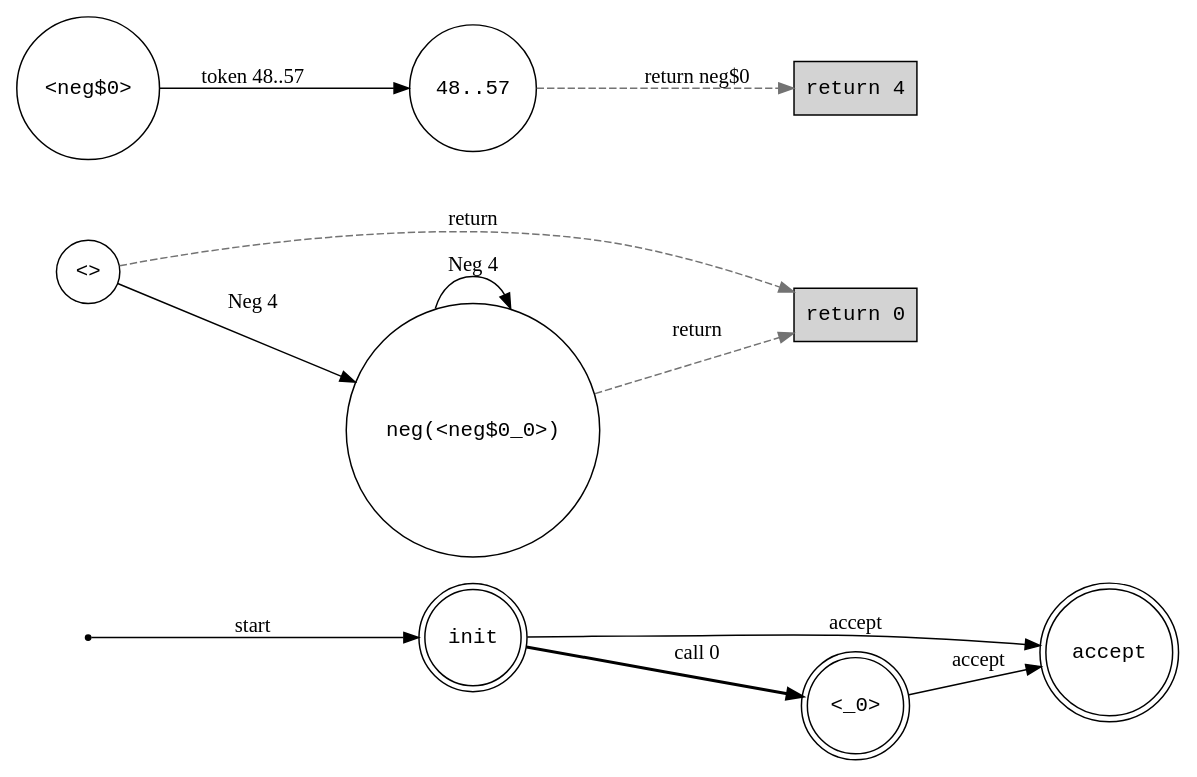
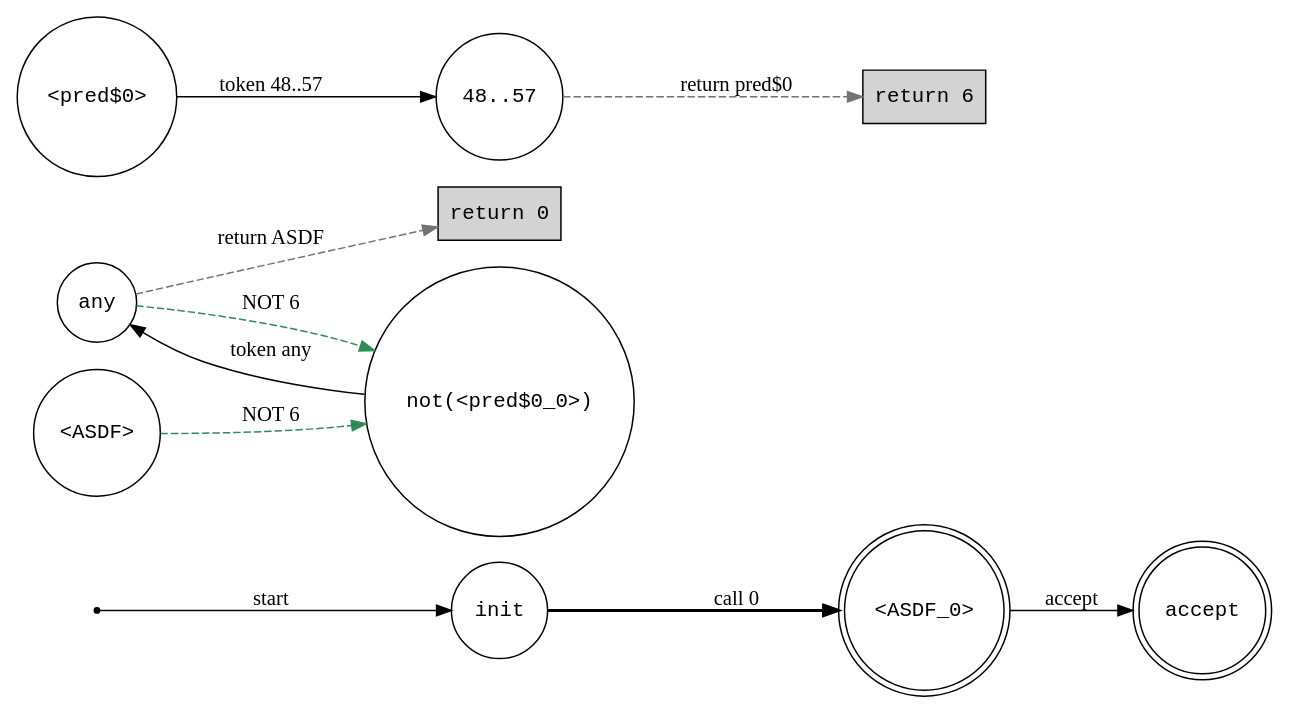
One commit to water-mizuu/glush_dart changed the diagram in state-machine.dot. Above: the diagram before and after it, drawn with Graphviz. The commit also changed 11 other files, not shown here.

```diff
--- a/state-machine.dot
+++ b/state-machine.dot
@@ -1,24 +1,24 @@
 digraph StateMachine {
   rankdir=LR;
   node [fontname="Courier"];
   "__start__" [shape=point, label=""];
   "__accept__" [shape=doublecircle, label="accept"];
   "__return_0__" [shape=box, label="return 0", style=filled, fillcolor=lightgray];
-  "__return_4__" [shape=box, label="return 4", style=filled, fillcolor=lightgray];
-  "S0" [shape=doublecircle, label="init"];
-  "S1" [shape=doublecircle, label="<_0>"];
-  "S2" [shape=circle, label="<>"];
-  "S3" [shape=circle, label="neg(<neg$0_0>)"];
-  "S4" [shape=circle, label="<neg$0>"];
-  "S5" [shape=circle, label="48..57"];
+  "__return_6__" [shape=box, label="return 6", style=filled, fillcolor=lightgray];
+  "S0" [shape=circle, label="init"];
+  "S1" [shape=doublecircle, label="<ASDF_0>"];
+  "S2" [shape=circle, label="<ASDF>"];
+  "S3" [shape=circle, label="not(<pred$0_0>)"];
+  "S4" [shape=circle, label="any"];
+  "S5" [shape=circle, label="<pred$0>"];
+  "S6" [shape=circle, label="48..57"];
   "__start__" -> "S0" [label="start"];
   "S0" -> "S1" [label="call 0", style=bold];
-  "S0" -> "__accept__" [label="accept"];
   "S1" -> "__accept__" [label="accept"];
-  "S2" -> "S3" [label="Neg 4"];
-  "S2" -> "__return_0__" [label="return ", style=dashed, color=gray45];
-  "S3" -> "S3" [label="Neg 4"];
-  "S3" -> "__return_0__" [label="return ", style=dashed, color=gray45];
-  "S4" -> "S5" [label="token 48..57"];
-  "S5" -> "__return_4__" [label="return neg$0", style=dashed, color=gray45];
+  "S2" -> "S3" [label="NOT 6", style=dashed, color=seagreen4];
+  "S3" -> "S4" [label="token any"];
+  "S4" -> "S3" [label="NOT 6", style=dashed, color=seagreen4];
+  "S4" -> "__return_0__" [label="return ASDF", style=dashed, color=gray45];
+  "S5" -> "S6" [label="token 48..57"];
+  "S6" -> "__return_6__" [label="return pred$0", style=dashed, color=gray45];
 }
```
